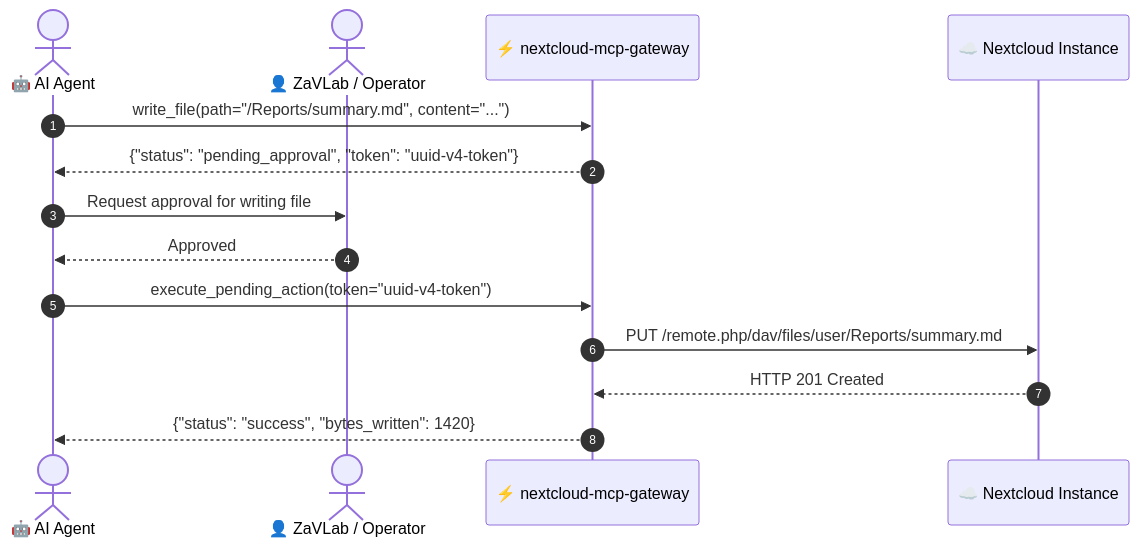
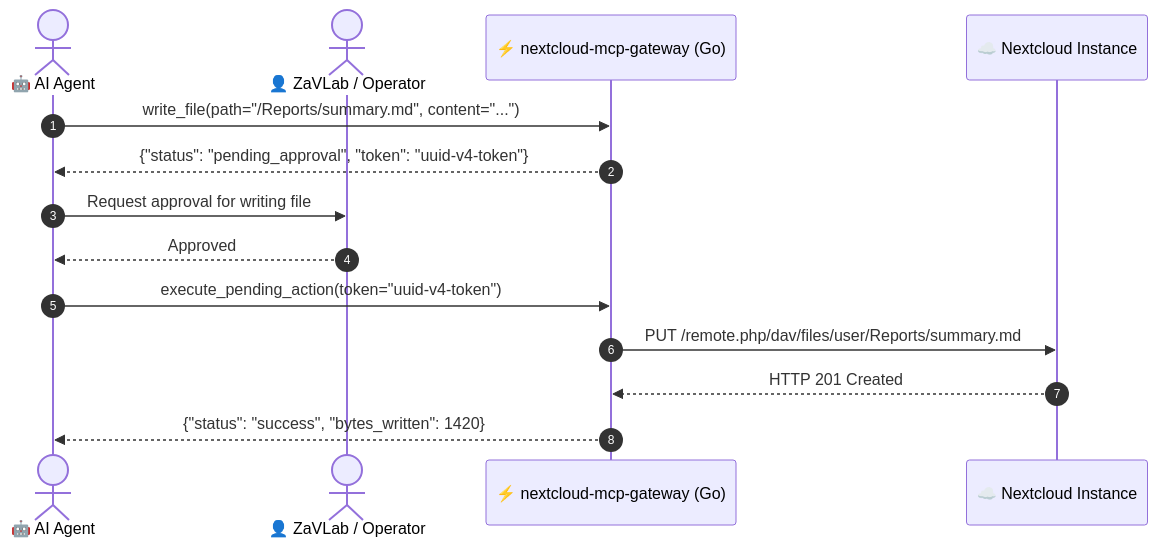
One commit to TheNovaNodes/nextcloud-mcp-gateway changed the third of 3 diagrams in ARCHITECTURE.md. Above: the diagram before and after it, drawn with Mermaid. The commit also changed other lines of this file and 30 other files, not shown here.

Commit message:
feat: complete rewrite in Go 1.22+, static binary architecture, and full documentation synchronization (#16)

````diff
--- a/ARCHITECTURE.md
+++ b/ARCHITECTURE.md
@@ -56,17 +56,17 @@
 ```mermaid
 sequenceDiagram
     autonumber
     actor Agent as 🤖 AI Agent
     actor User as 👤 ZaVLab / Operator
-    participant MCP as ⚡ nextcloud-mcp-gateway
+    participant MCP as ⚡ nextcloud-mcp-gateway (Go)
     participant NC as ☁️ Nextcloud Instance
 
     Agent->>MCP: write_file(path="/Reports/summary.md", content="...")
     MCP-->>Agent: {"status": "pending_approval", "token": "uuid-v4-token"}
     Agent->>User: Request approval for writing file
     User-->>Agent: Approved
     Agent->>MCP: execute_pending_action(token="uuid-v4-token")
     MCP->>NC: PUT /remote.php/dav/files/user/Reports/summary.md
     NC-->>MCP: HTTP 201 Created
     MCP-->>Agent: {"status": "success", "bytes_written": 1420}
 ```
````
